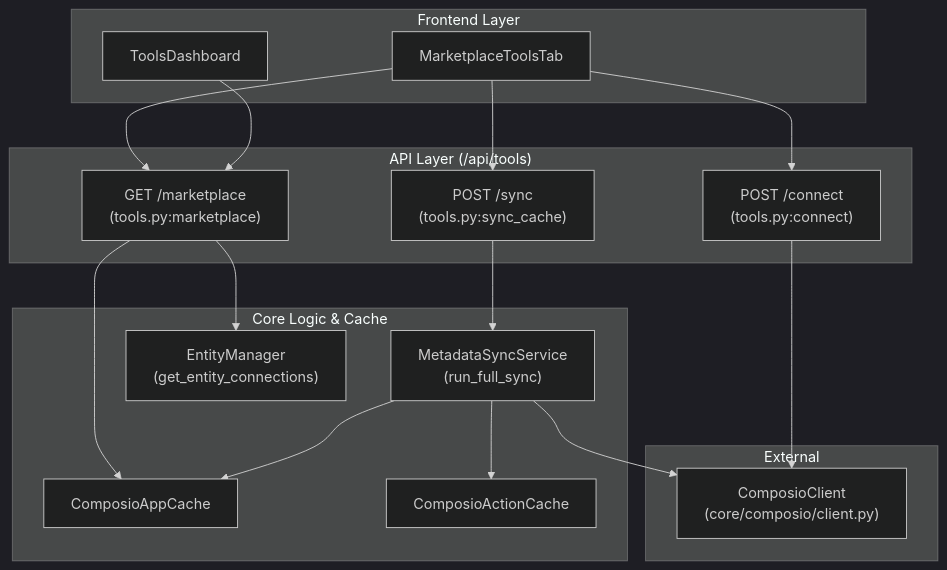
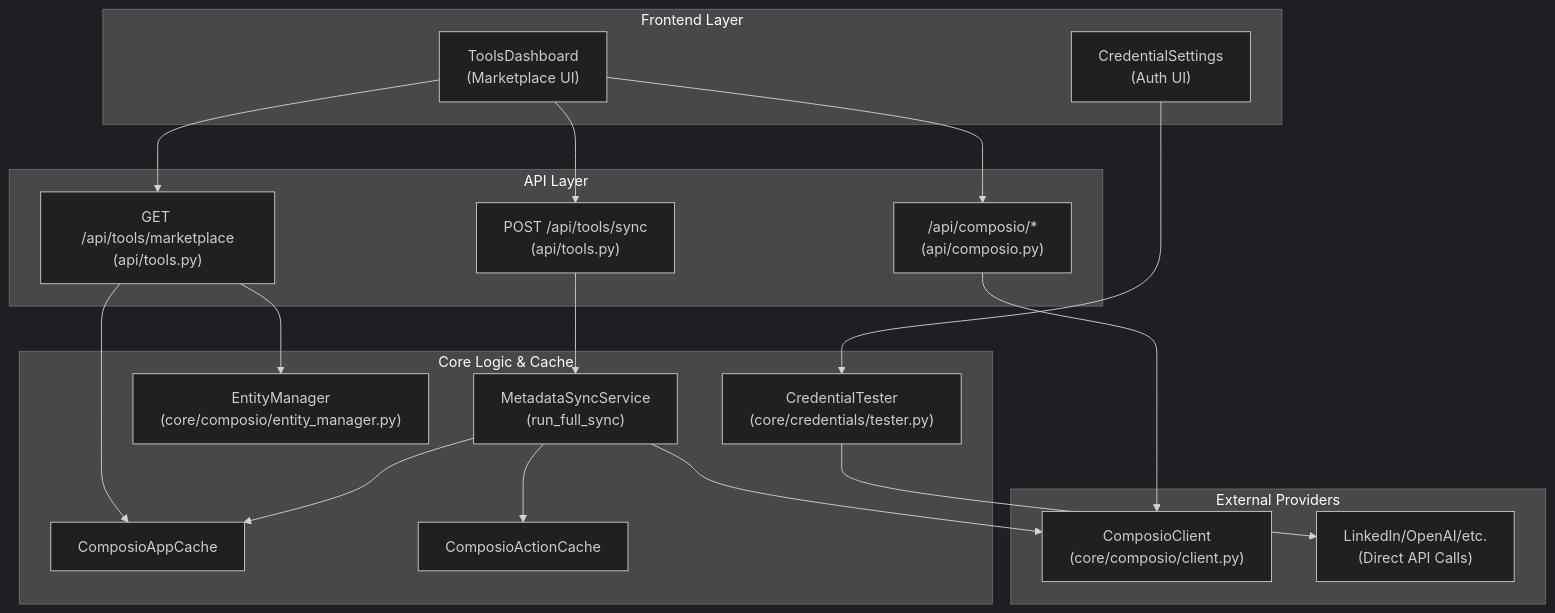
Before and after one commit to AutomatosAI/automatos-ai: the first of 2 diagrams in docs/tools-integrations/tools-api-reference.md, drawn with Mermaid (dark theme). The commit also changed other lines of this file and 153 other files, not shown here.

````diff
--- a/docs/tools-integrations/tools-api-reference.md
+++ b/docs/tools-integrations/tools-api-reference.md
@@ -52,37 +54,41 @@
 ```mermaid
 graph TB
     subgraph "Frontend Layer"
-        UI["MarketplaceToolsTab"]
-        Dashboard["ToolsDashboard"]
+        UI["ToolsDashboard<br/>(Marketplace UI)"]
+        CredUI["CredentialSettings<br/>(Auth UI)"]
     end
     
-    subgraph "API Layer (/api/tools)"
-        MktEP["GET /marketplace<br/>(tools.py:marketplace)"]
-        SyncEP["POST /sync<br/>(tools.py:sync_cache)"]
-        ConnectEP["POST /connect<br/>(tools.py:connect)"]
+    subgraph "API Layer"
+        MktEP["GET /api/tools/marketplace<br/>(api/tools.py)"]
+        SyncEP["POST /api/tools/sync<br/>(api/tools.py)"]
+        CompEP["/api/composio/*<br/>(api/composio.py)"]
     end
     
     subgraph "Core Logic & Cache"
         MSS["MetadataSyncService<br/>(run_full_sync)"]
         AppCache["ComposioAppCache"]
         ActionCache["ComposioActionCache"]
-        EM["EntityManager<br/>(get_entity_connections)"]
+        EM["EntityManager<br/>(core/composio/entity_manager.py)"]
+        CT["CredentialTester<br/>(core/credentials/tester.py)"]
     end
     
-    subgraph "External"
-        CompAPI["ComposioClient<br/>(core/composio/client.py)"]
+    subgraph "External Providers"
+        CompSDK["ComposioClient<br/>(core/composio/client.py)"]
+        DirectAPI["LinkedIn/OpenAI/etc.<br/>(Direct API Calls)"]
     end
 
     UI --> MktEP
-    Dashboard --> MktEP
     MktEP --> AppCache
     MktEP --> EM
     UI --> SyncEP
     SyncEP --> MSS
-    MSS --> CompAPI
+    MSS --> CompSDK
     MSS --> AppCache
     MSS --> ActionCache
     
-    UI --> ConnectEP
-    ConnectEP --> CompAPI
+    UI --> CompEP
+    CompEP --> CompSDK
+    
+    CredUI --> CT
+    CT --> DirectAPI
 ```
````
